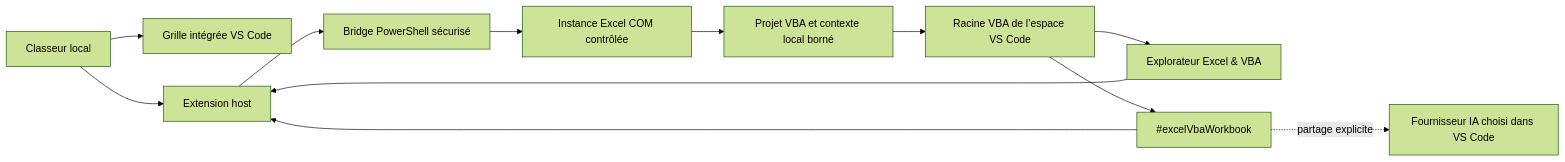
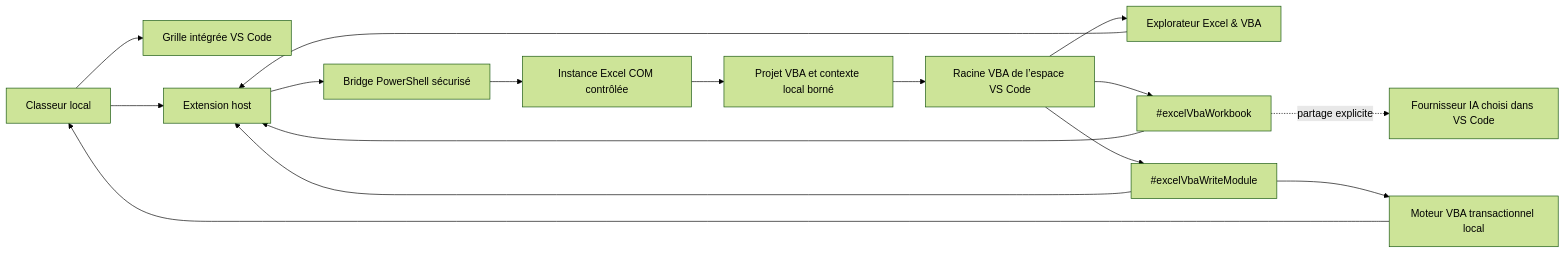
One commit to StephaneSGL/excel-ai-vba-studio changed the diagram in README.md. Above: the diagram before and after it, drawn with Mermaid (forest theme). The commit also changed other lines of this file and 29 other files, not shown here.

First line of the commit message:
feat(vba): add transactional write-back

````diff
--- a/README.md
+++ b/README.md
@@ -106,14 +110,18 @@
 ```mermaid
 flowchart LR
   File["Classeur local"] --> Grid["Grille intégrée VS Code"]
   File --> Host["Extension host"]
   Explorer["Explorateur Excel & VBA"] --> Host
   Tool["#excelVbaWorkbook"] --> Host
+  WriteTool["#excelVbaWriteModule"] --> Host
   Host --> Bridge["Bridge PowerShell sécurisé"]
   Bridge --> Excel["Instance Excel COM contrôlée"]
   Excel --> Export["Projet VBA et contexte local borné"]
   Export --> Workspace["Racine VBA de l’espace VS Code"]
   Workspace --> Explorer
   Workspace --> Tool
+  Workspace --> WriteTool
+  WriteTool --> Writer["Moteur VBA transactionnel local"]
+  Writer --> File
   Tool -. "partage explicite" .-> AI["Fournisseur IA choisi dans VS Code"]
 ```
````
